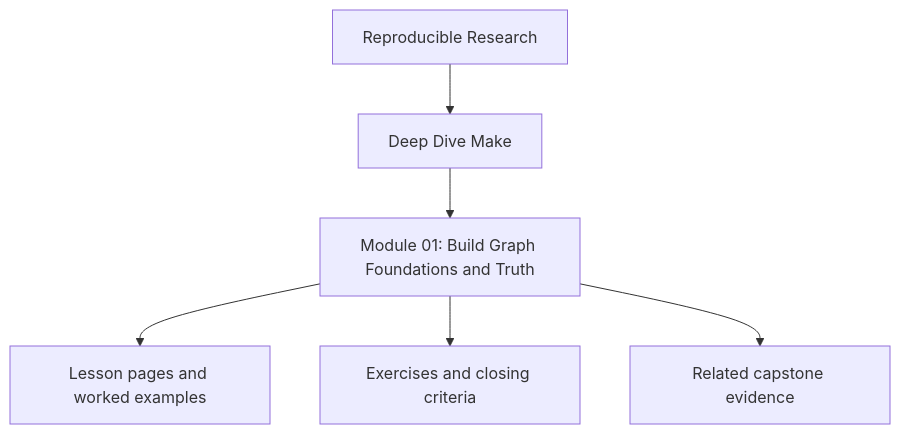
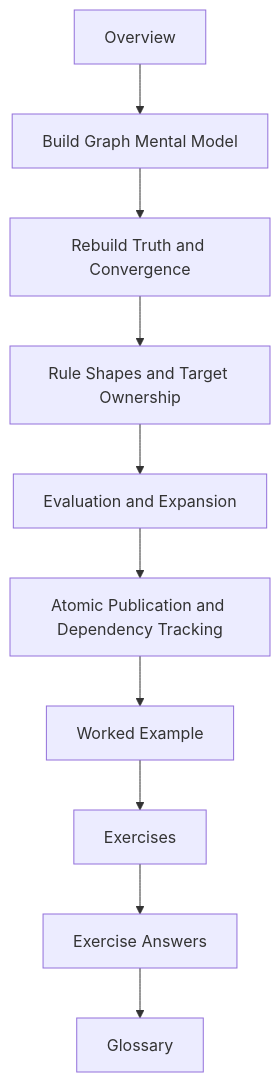
One commit to bijux/bijux-masterclass changed the diagram in programs/reproducible-research/deep-dive-make/course-book/module-01-build-graph-foundations-truth/index.md. Above: the diagram before and after it, drawn with Mermaid. The commit also changed other lines of this file and 10 other files, not shown here.

Commit message:
refactor(docs): split Make M01 into focused lesson files

````diff
--- a/programs/reproducible-research/deep-dive-make/course-book/module-01-build-graph-foundations-truth/index.md
+++ b/programs/reproducible-research/deep-dive-make/course-book/module-01-build-graph-foundations-truth/index.md
@@ -8,8 +28,12 @@
 ```mermaid
 flowchart TD
-  family["Reproducible Research"] --> program["Deep Dive Make"]
-  program --> module["Module 01: Build Graph Foundations and Truth"]
-  module --> lessons["Lesson pages and worked examples"]
-  module --> checkpoints["Exercises and closing criteria"]
-  module --> capstone["Related capstone evidence"]
+  start["Overview"] --> core1["Build Graph Mental Model"]
+  core1 --> core2["Rebuild Truth and Convergence"]
+  core2 --> core3["Rule Shapes and Target Ownership"]
+  core3 --> core4["Evaluation and Expansion"]
+  core4 --> core5["Atomic Publication and Dependency Tracking"]
+  core5 --> example["Worked Example"]
+  example --> practice["Exercises"]
+  practice --> answers["Exercise Answers"]
+  answers --> glossary["Glossary"]
 ```
````
